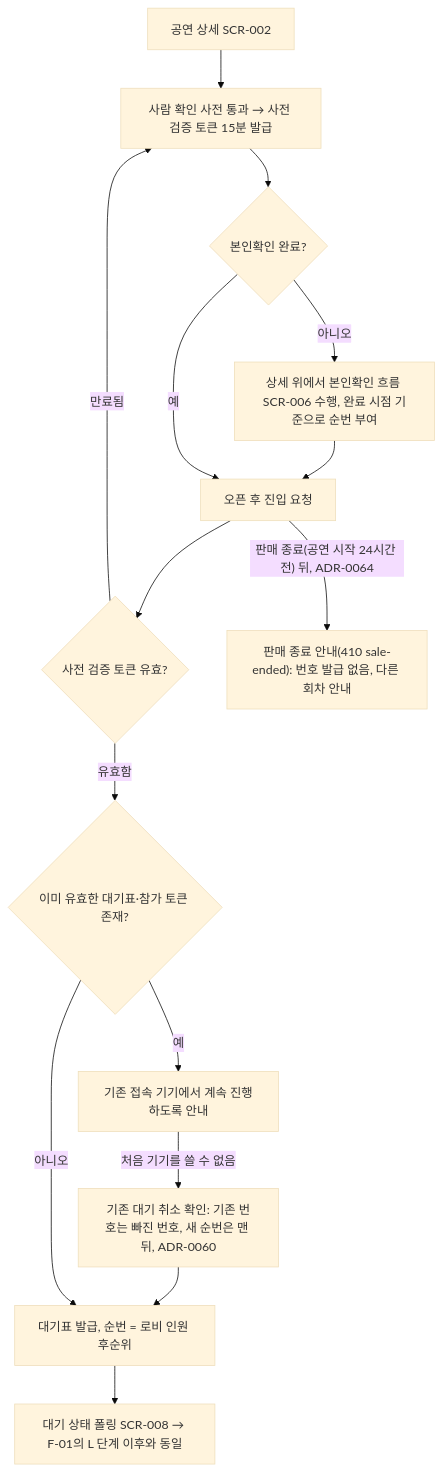
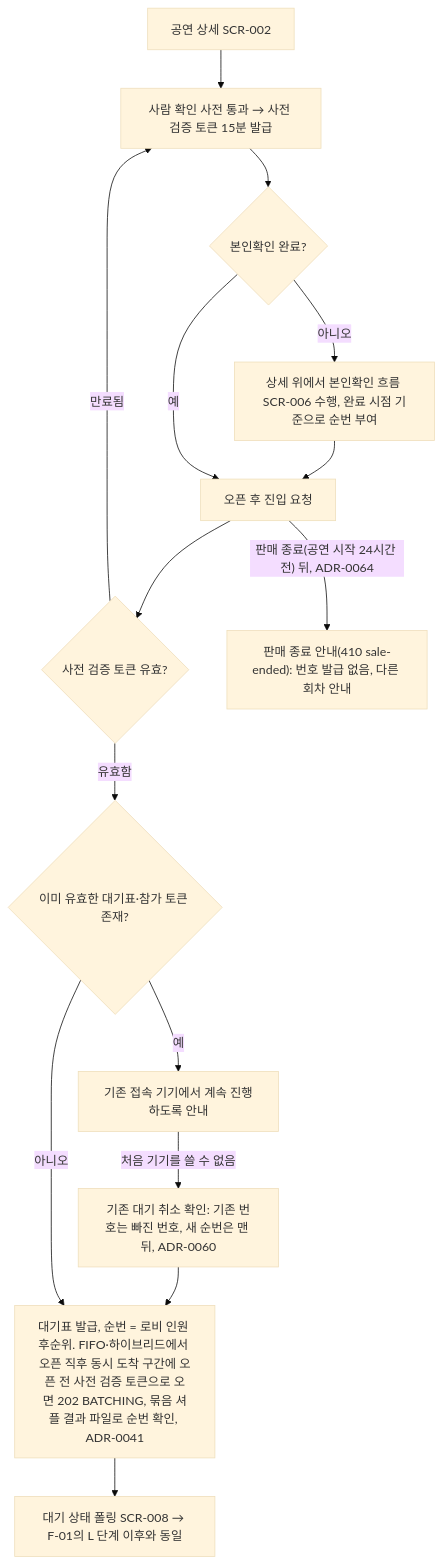
One commit to peaket/peaket changed the second of 13 diagrams in planning/04-ia-flows-screens.md. Above: the diagram before and after it, drawn with Mermaid (base theme). The commit also changed other lines of this file and 85 other files, not shown here.

````diff
--- a/planning/04-ia-flows-screens.md
+++ b/planning/04-ia-flows-screens.md
@@ -151,15 +151,15 @@
 ```mermaid
 flowchart TD
     A[공연 상세 SCR-002] --> B[사람 확인 사전 통과 → 사전 검증 토큰 15분 발급]
     B --> C{본인확인 완료?}
     C -- 아니오 --> D["상세 위에서 본인확인 흐름 SCR-006 수행, 완료 시점 기준으로 순번 부여"] --> E
     C -- 예 --> E[오픈 후 진입 요청]
     E --> F{사전 검증 토큰 유효?}
     F -- 만료됨 --> B
     F -- 유효함 --> G{이미 유효한 대기표·참가 토큰 존재?}
     G -- 예 --> H[기존 접속 기기에서 계속 진행하도록 안내]
     H -- 처음 기기를 쓸 수 없음 --> H2["기존 대기 취소 확인: 기존 번호는 빠진 번호, 새 순번은 맨 뒤, ADR-0060"] --> I
-    G -- 아니오 --> I[대기표 발급, 순번 = 로비 인원 후순위]
+    G -- 아니오 --> I[대기표 발급, 순번 = 로비 인원 후순위. FIFO·하이브리드에서 오픈 직후 동시 도착 구간에 오픈 전 사전 검증 토큰으로 오면 202 BATCHING, 묶음 셔플 결과 파일로 순번 확인, ADR-0041]
     I --> J[대기 상태 폴링 SCR-008 → F-01의 L 단계 이후와 동일]
     E -->|"판매 종료(공연 시작 24시간 전) 뒤, ADR-0064"| K["판매 종료 안내(410 sale-ended): 번호 발급 없음, 다른 회차 안내"]
 ```
````
